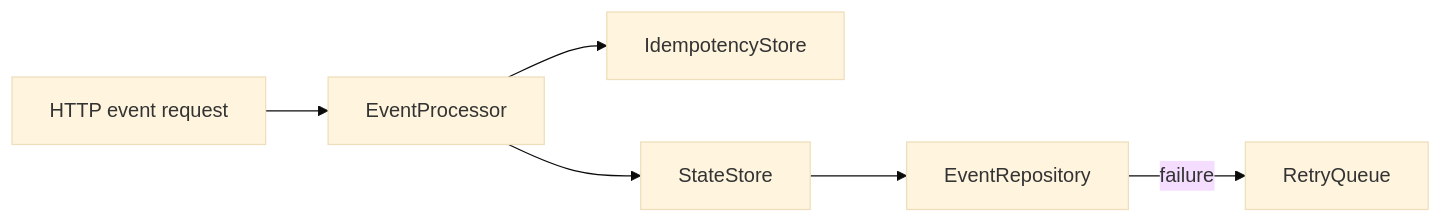
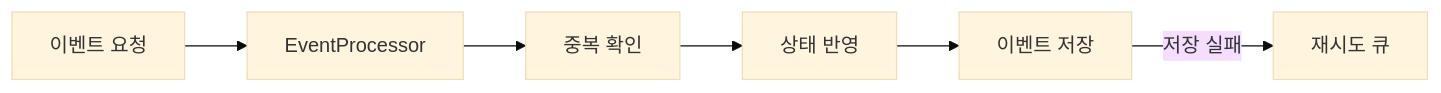
Before and after one commit to jeon97/iosys_realtime_assessment_platform: the diagram in samples/event-worker/README.md, drawn with Mermaid (base theme). The commit also changed other lines of this file and 4 other files, not shown here.

````diff
--- a/samples/event-worker/README.md
+++ b/samples/event-worker/README.md
@@ -38,8 +9,8 @@
 ```mermaid
 flowchart LR
-    Request[HTTP event request] --> Processor[EventProcessor]
-    Processor --> Idempotency[IdempotencyStore]
-    Processor --> State[StateStore]
-    State --> Repository[EventRepository]
-    Repository -->|failure| Retry[RetryQueue]
+    Request[이벤트 요청] --> Processor[EventProcessor]
+    Processor --> Idempotency[중복 확인]
+    Idempotency --> State[상태 반영]
+    State --> Repository[이벤트 저장]
+    Repository -->|저장 실패| Retry[재시도 큐]
 ```
````
